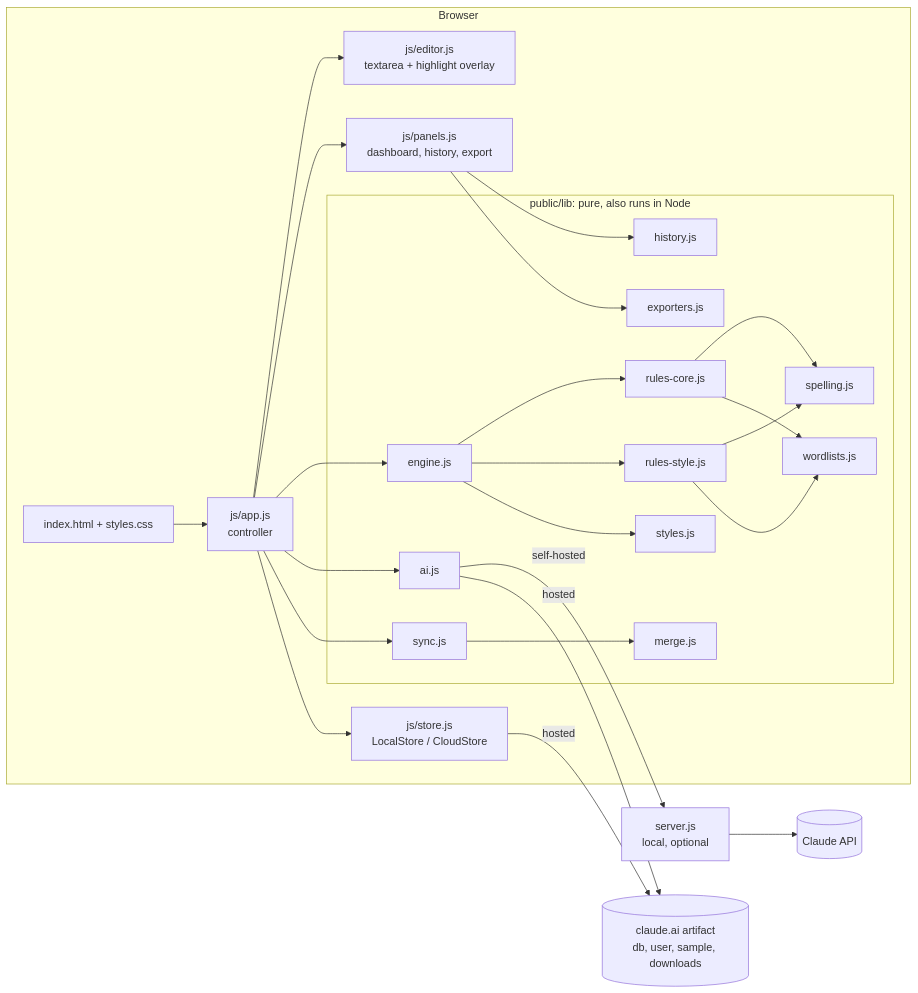
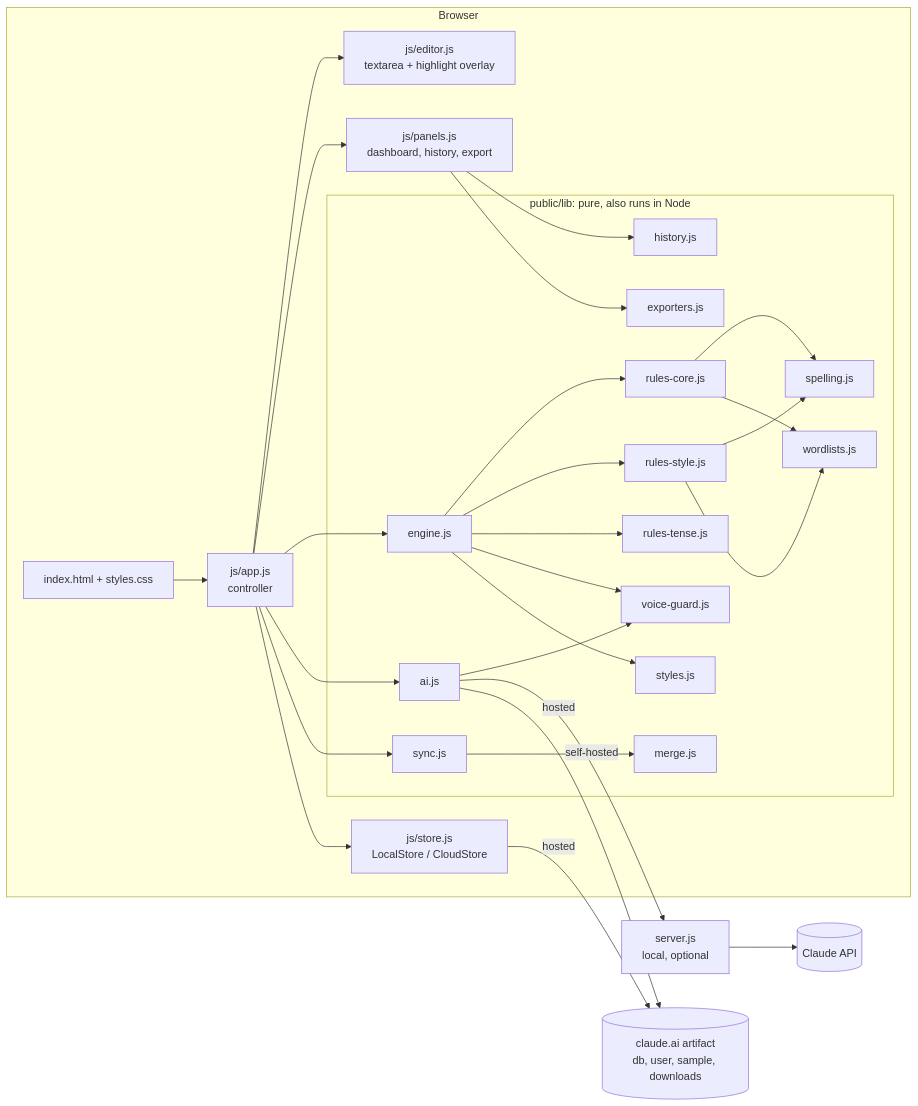
Before and after one commit to mastersaib/ECC: the first of 3 diagrams in examples/proofreader/ARCHITECTURE.md, drawn with Mermaid. The commit also changed other lines of this file and 1 other file, not shown here.

First line of the commit message:
docs(examples): explain Galley's voice guard and tense checks

````diff
--- a/examples/proofreader/ARCHITECTURE.md
+++ b/examples/proofreader/ARCHITECTURE.md
@@ -8,39 +8,42 @@
 ```mermaid
 flowchart LR
   subgraph Browser
     UI[index.html + styles.css]
     APP[js/app.js<br/>controller]
     PAN[js/panels.js<br/>dashboard, history, export]
     ED[js/editor.js<br/>textarea + highlight overlay]
     ST[js/store.js<br/>LocalStore / CloudStore]
     subgraph lib [public/lib: pure, also runs in Node]
       ENG[engine.js]
       RC[rules-core.js]
       RS[rules-style.js]
+      RT[rules-tense.js]
+      VG[voice-guard.js]
       SP[spelling.js]
       SY[styles.js]
       WL[wordlists.js]
       AIL[ai.js]
       HI[history.js]
       EX[exporters.js]
       MG[merge.js]
       SN[sync.js]
     end
   end
   SRV[server.js<br/>local, optional]
   CLAUDE[(Claude API)]
   HOST[(claude.ai artifact<br/>db, user, sample, downloads)]
 
   UI --> APP --> ED
   APP --> PAN
-  APP --> ENG --> RC & RS
+  APP --> ENG --> RC & RS & RT
   RC & RS --> SP & WL
+  ENG & AIL --> VG
   ENG --> SY
   APP --> AIL
   APP --> SN --> MG
   APP --> ST
   PAN --> HI & EX
   AIL -- self-hosted --> SRV --> CLAUDE
   AIL -- hosted --> HOST
   ST -- hosted --> HOST
 ```
````
